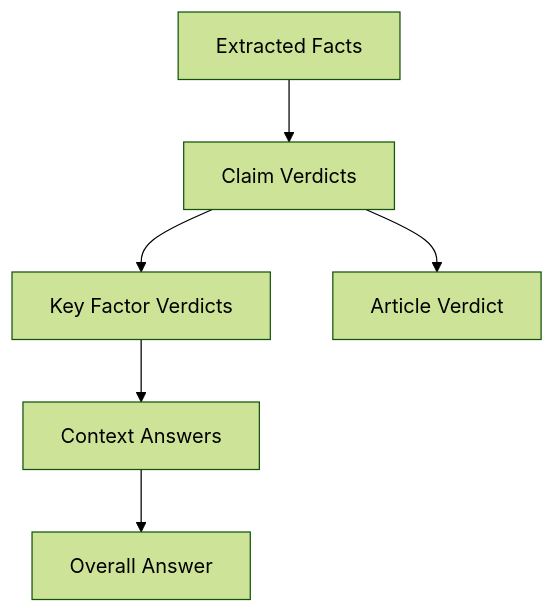
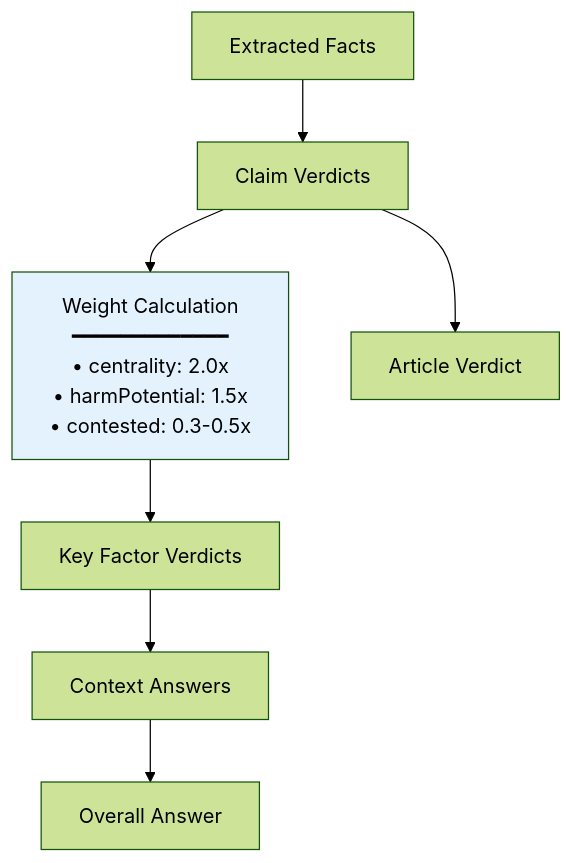
Before and after one commit to robertschaub/FactHarbor: the second of 2 diagrams in Docs/ARCHITECTURE/Calculations.md, drawn with Mermaid (forest theme). The commit also changed other lines of this file and 7 other files, not shown here.

First line of the commit message:
Update documentation for v2.8 shared module architecture

````diff
--- a/Docs/ARCHITECTURE/Calculations.md
+++ b/Docs/ARCHITECTURE/Calculations.md
@@ -201,9 +238,12 @@
 ```mermaid
 graph TD
     Facts[Extracted Facts] --> ClaimVerdicts[Claim Verdicts]
-    ClaimVerdicts --> KeyFactors[Key Factor Verdicts]
+    ClaimVerdicts --> WeightCalc[Weight Calculation<br/>━━━━━━━━━━━━━<br/>• centrality: 2.0x<br/>• harmPotential: 1.5x<br/>• contested: 0.3-0.5x]
+    WeightCalc --> KeyFactors[Key Factor Verdicts]
     KeyFactors --> ContextAnswers[Context Answers]
     ContextAnswers --> OverallAnswer[Overall Answer]
     
     ClaimVerdicts --> ArticleVerdict[Article Verdict]
+    
+    style WeightCalc fill:#e3f2fd
 ```
````
